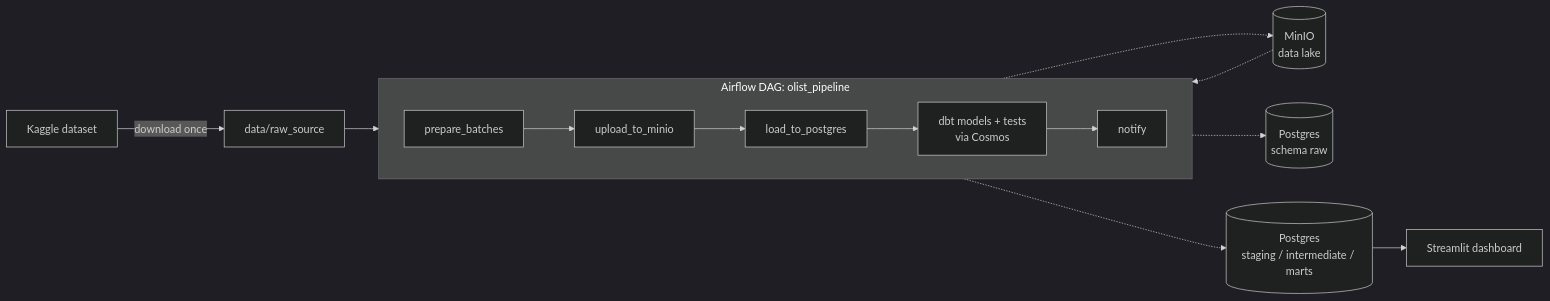
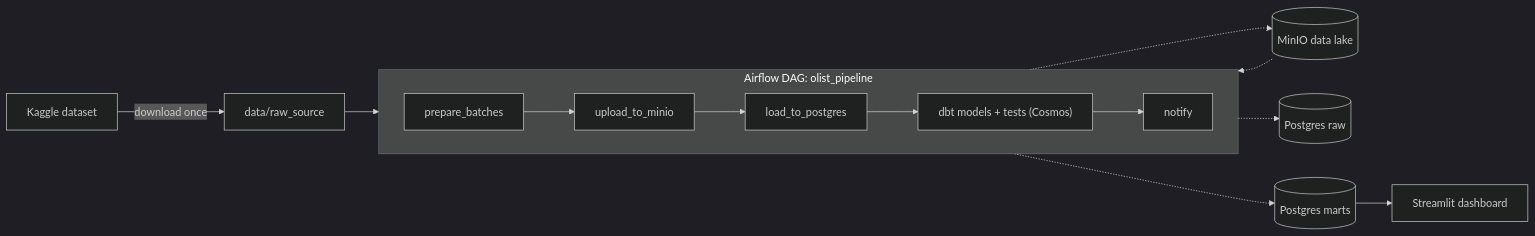
One commit to giorgiozoccatelli/olist-elt-stack changed the diagram in README.md. Above: the diagram before and after it, drawn with Mermaid (dark theme). The commit also changed other lines of this file and 1 other file, not shown here.

````diff
--- a/README.md
+++ b/README.md
@@ -10,14 +9,14 @@
 ```mermaid
 flowchart LR
     K[Kaggle dataset] -->|download once| S[data/raw_source]
     subgraph dag["Airflow DAG: olist_pipeline"]
         direction LR
-        P[prepare_batches] --> U[upload_to_minio] --> L[load_to_postgres] --> D[dbt models + tests<br/>via Cosmos] --> N[notify]
+        P[prepare_batches] --> U[upload_to_minio] --> L[load_to_postgres] --> D["dbt models + tests (Cosmos)"] --> N[notify]
     end
     S --> P
-    U -.-> M[(MinIO<br/>data lake)]
+    U -.-> M[(MinIO data lake)]
     M -.-> L
-    L -.-> R[(Postgres<br/>schema raw)]
-    D -.-> A[(Postgres<br/>staging / intermediate / marts)]
+    L -.-> R[(Postgres raw)]
+    D -.-> A[(Postgres marts)]
     A --> ST[Streamlit dashboard]
 ```
````
